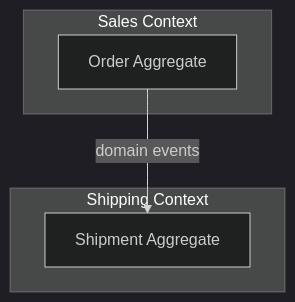
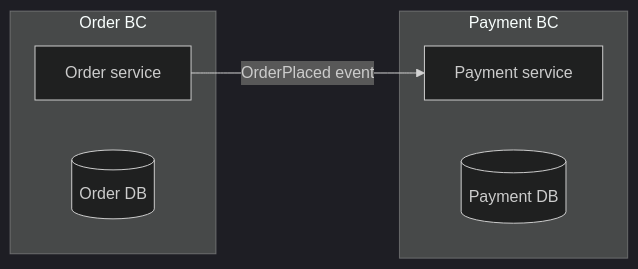
One commit to hareramcse/SystemDesign changed diagram 12 of 28 in 08-microservices/README.md. Above: the diagram before and after it, drawn with Mermaid (dark theme). The commit also changed other lines of this file, not shown here.

````diff
--- a/08-microservices/README.md
+++ b/08-microservices/README.md
@@ -644,10 +923,12 @@
 ```mermaid
-flowchart TB
-    subgraph Sales Context
-        Order[Order Aggregate]
+flowchart LR
+    subgraph Order BC
+        OS[Order service]
+        ODB[(Order DB)]
     end
-    subgraph Shipping Context
-        Shipment[Shipment Aggregate]
+    subgraph Payment BC
+        PS[Payment service]
+        PDB[(Payment DB)]
     end
-    Order -->|domain events| Shipment
+    OS -->|OrderPlaced event| PS
 ```
````
